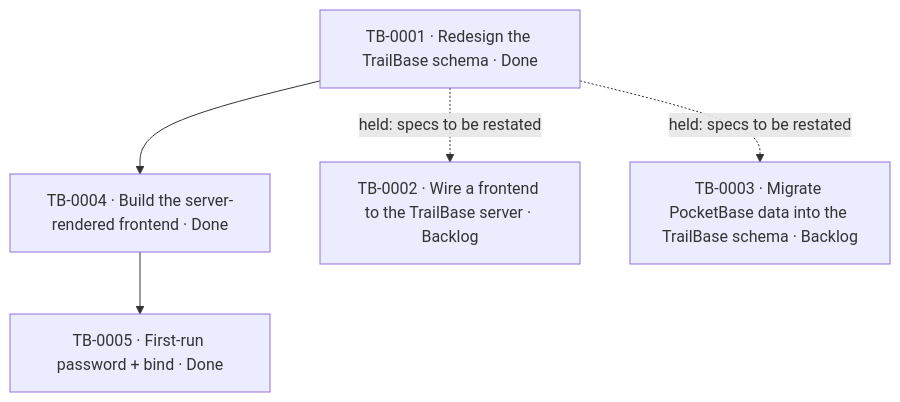
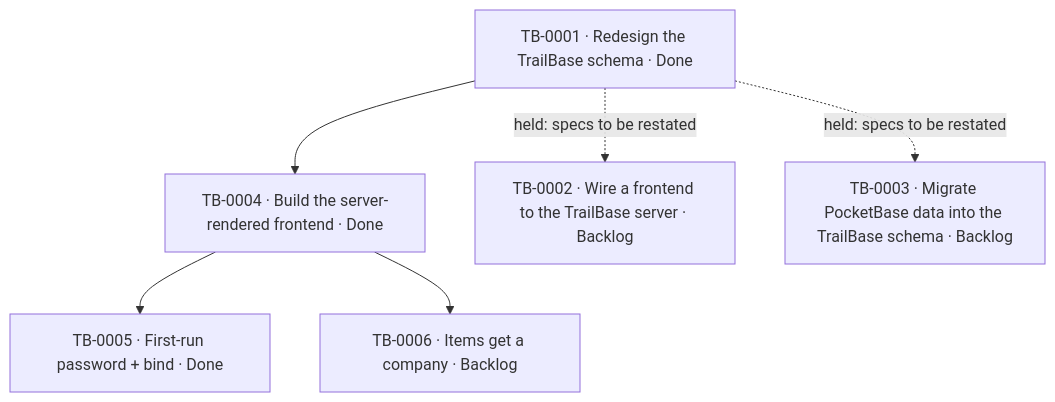
Before and after one commit to abdulhakam/aa_point_of_sale: the second of 2 diagrams in vault/projects/trailbase-backend.md, drawn with Mermaid. The commit also changed other lines of this file and 9 other files, not shown here.

````diff
--- a/vault/projects/trailbase-backend.md
+++ b/vault/projects/trailbase-backend.md
@@ -148,12 +155,14 @@
 ```mermaid
 flowchart TD
   T1["TB-0001 · Redesign the TrailBase schema · Done"]
   T4["TB-0004 · Build the server-rendered frontend · Done"]
   T5["TB-0005 · First-run password + bind · Done"]
+  T6["TB-0006 · Items get a company · Backlog"]
   T2["TB-0002 · Wire a frontend to the TrailBase server · Backlog"]
   T3["TB-0003 · Migrate PocketBase data into the TrailBase schema · Backlog"]
   T1 --> T4
   T4 --> T5
+  T4 --> T6
   T1 -.->|"held: specs to be restated"| T2
   T1 -.->|"held: specs to be restated"| T3
 ```
````
